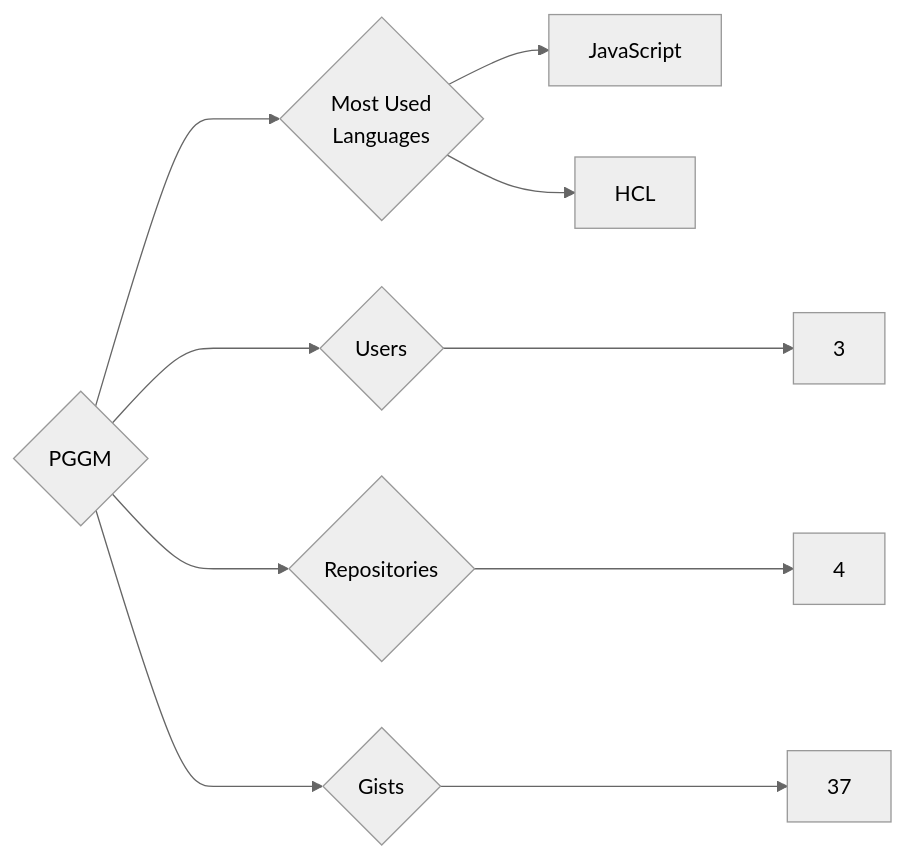
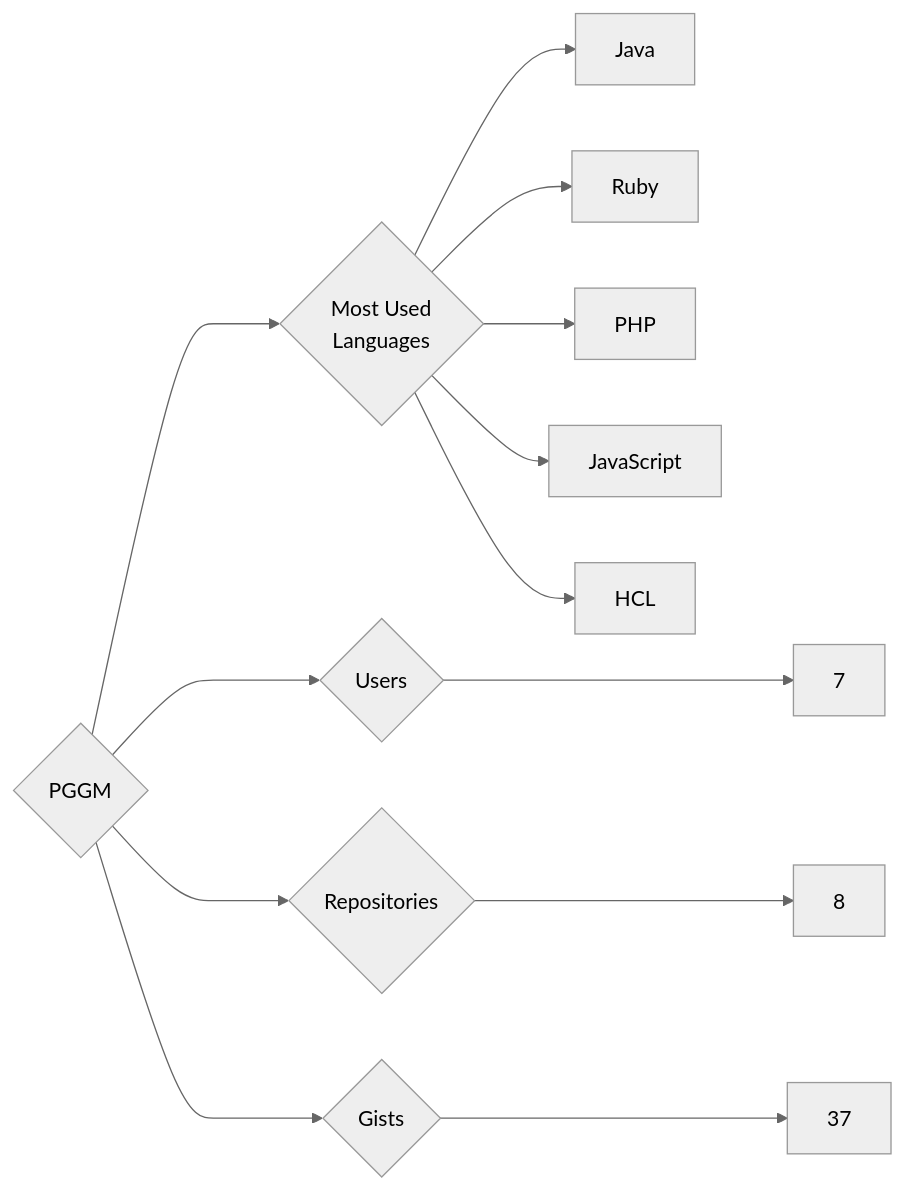
The diagram in targets/PGGM/README.md (trickest/insiders), drawn with Mermaid (neutral theme) before and after one commit. The commit also changed 1508 other files, not shown here.

````diff
--- a/targets/PGGM/README.md
+++ b/targets/PGGM/README.md
@@ -3,10 +3,13 @@
 ```mermaid
 graph LR
 COMPANY_NAME{PGGM}
-COMPANY_NAME ---> U{Users} ---> UN[3]
-COMPANY_NAME ---> R{Repositories} ---> RN[4]
+COMPANY_NAME ---> U{Users} ---> UN[7]
+COMPANY_NAME ---> R{Repositories} ---> RN[8]
 COMPANY_NAME ---> G{Gists} ---> GN[37]
 COMPANY_NAME ---> ML{Most Used<br>Languages}
+ML --> Java[Java]
+ML --> Ruby[Ruby]
+ML --> PHP[PHP]
 ML --> JavaScript[JavaScript]
 ML --> HCL[HCL]
 ```
````
